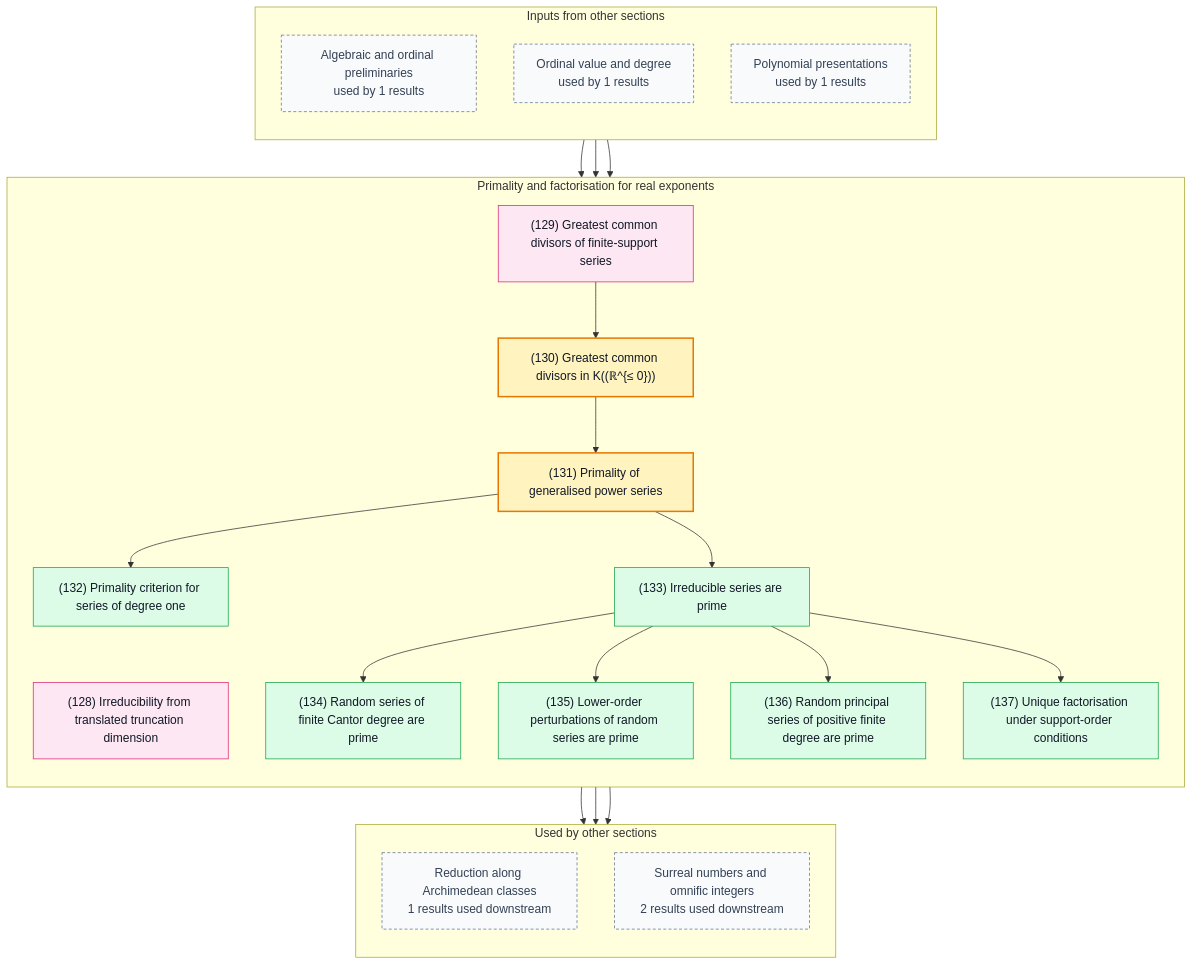
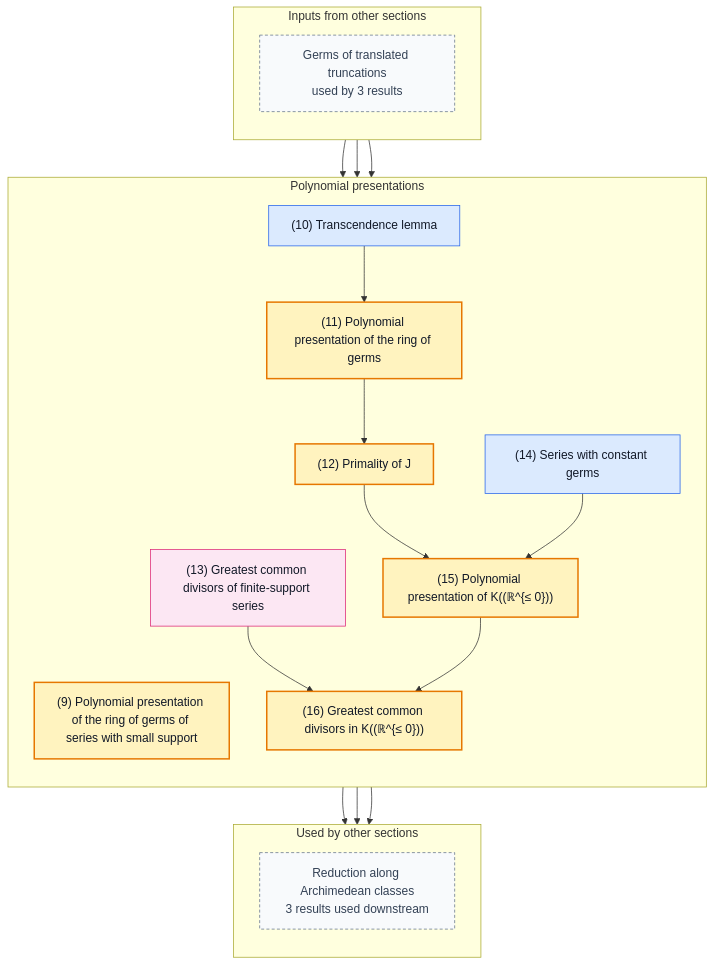
Before and after one commit to gaearon/conway-refinement: the third of 5 diagrams in README.md, drawn with Mermaid. The commit also changed other lines of this file and 699 other files, not shown here.

````diff
--- a/README.md
+++ b/README.md
@@ -1014,63 +248,54 @@
 ```mermaid
 %% Generated by scripts/blueprint.sh; do not edit.
 %% Other sections are compressed to boundary nodes.
 %% Solid arrows are proof dependencies; dashed arrows are statement dependencies.
 flowchart TB
   subgraph inputs["Inputs from other sections"]
     direction TB
-    in0["Algebraic and ordinal preliminaries<br/>used by 1 results"]:::boundary
-    in1["Ordinal value and degree<br/>used by 1 results"]:::boundary
-    in2["Polynomial presentations<br/>used by 1 results"]:::boundary
+    in0["Germs of translated truncations<br/>used by 3 results"]:::boundary
   end
-  subgraph current["Primality and factorisation for real exponents"]
+  subgraph current["Polynomial presentations"]
     direction TB
-    n128["(128) Irreducibility from translated truncation dimension"]:::fact
-    n129["(129) Greatest common divisors of finite-support series"]:::fact
-    n130["(130) Greatest common divisors in K((ℝ^{≤ 0}))"]:::theorem
-    n131["(131) Primality of generalised power series"]:::theorem
-    n132["(132) Primality criterion for series of degree one"]:::corollary
-    n133["(133) Irreducible series are prime"]:::corollary
-    n134["(134) Random series of finite Cantor degree are prime"]:::corollary
-    n135["(135) Lower-order perturbations of random series are prime"]:::corollary
-    n136["(136) Random principal series of positive finite degree are prime"]:::corollary
-    n137["(137) Unique factorisation under support-order conditions"]:::corollary
+    n009["(9) Polynomial presentation of the ring of germs of series with small support"]:::theorem
+    n010["(10) Transcendence lemma"]:::lemma
+    n011["(11) Polynomial presentation of the ring of germs"]:::theorem
+    n012["(12) Primality of J"]:::theorem
+    n013["(13) Greatest common divisors of finite-support series"]:::fact
+    n014["(14) Series with constant germs"]:::lemma
+    n015["(15) Polynomial presentation of K((ℝ^{≤ 0}))"]:::theorem
+    n016["(16) Greatest common divisors in K((ℝ^{≤ 0}))"]:::theorem
   end
   subgraph outputs["Used by other sections"]
     direction TB
-    out0["Reduction along Archimedean classes<br/>1 results used downstream"]:::boundary
-    out1["Surreal numbers and omnific integers<br/>2 results used downstream"]:::boundary
+    out0["Reduction along Archimedean classes<br/>3 results used downstream"]:::boundary
   end
 
-  n129 --> n130
-  n130 --> n131
-  n131 --> n132
-  n131 --> n133
-  n133 --> n134
-  n133 --> n135
-  n133 --> n136
-  n133 --> n137
-  in1 --> n128
-  in0 --> n130
-  in2 --> n130
-  n131 --> out0
-  n128 --> out1
-  n133 --> out1
-  click n128 "https://gaearon.github.io/conway-refinement/#/result/ps06-irreducibility" "Open the statement for fact 128"
-  click n129 "https://gaearon.github.io/conway-refinement/#/result/finite-support-hahn-gcd" "Open the statement for fact 129"
-  click n130 "https://gaearon.github.io/conway-refinement/#/result/hahn-series-gcd-domain" "Open the statement for theorem 130"
-  click n131 "https://gaearon.github.io/conway-refinement/#/result/hahn-series-primality" "Open the statement for theorem 131"
-  click n132 "https://gaearon.github.io/conway-refinement/#/result/degree-one" "Open the statement for corollary 132"
-  click n133 "https://gaearon.github.io/conway-refinement/#/result/hahn-series-irreducible-is-prime" "Open the statement for corollary 133"
-  click n134 "https://gaearon.github.io/conway-refinement/#/result/random-series-prime" "Open the statement for corollary 134"
-  click n135 "https://gaearon.github.io/conway-refinement/#/result/random-series-small-perturbation" "Open the statement for corollary 135"
-  click n136 "https://gaearon.github.io/conway-refinement/#/result/random-principal-series-prime" "Open the statement for corollary 136"
-  click n137 "https://gaearon.github.io/conway-refinement/#/result/lm17-support-order" "Open the statement for corollary 137"
+  n010 --> n011
+  n011 --> n012
+  n012 --> n015
+  n014 --> n015
+  n013 --> n016
+  n015 --> n016
+  in0 --> n009
+  in0 --> n010
+  in0 --> n014
+  n011 --> out0
+  n016 --> out0
+  n009 --> out0
+  click n009 "https://gaearon.github.io/conway-refinement/#/result/bounded-hahn-germ-polynomial-algebra" "Open the statement for theorem 9"
+  click n010 "https://gaearon.github.io/conway-refinement/#/result/transcendence" "Open the statement for lemma 10"
+  click n011 "https://gaearon.github.io/conway-refinement/#/result/complete-hahn-germ-polynomial-algebra" "Open the statement for theorem 11"
+  click n012 "https://gaearon.github.io/conway-refinement/#/result/bounded-away-ideal-prime" "Open the statement for theorem 12"
+  click n013 "https://gaearon.github.io/conway-refinement/#/result/finite-support-hahn-gcd" "Open the statement for fact 13"
+  click n014 "https://gaearon.github.io/conway-refinement/#/result/constant-germs-finite-support" "Open the statement for lemma 14"
+  click n015 "https://gaearon.github.io/conway-refinement/#/result/hahn-series-polynomial-algebra" "Open the statement for theorem 15"
+  click n016 "https://gaearon.github.io/conway-refinement/#/result/hahn-series-gcd-domain" "Open the statement for theorem 16"
 
   classDef theorem fill:#fff3bf,stroke:#e67700,stroke-width:2px,color:#111827
   classDef definition fill:#f3f4f6,stroke:#4b5563,color:#111827
   classDef lemma fill:#dbeafe,stroke:#2563eb,color:#111827
   classDef proposition fill:#ede9fe,stroke:#7c3aed,color:#111827
   classDef corollary fill:#dcfce7,stroke:#16a34a,color:#111827
   classDef fact fill:#fce7f3,stroke:#db2777,color:#111827
   classDef boundary fill:#f8fafc,stroke:#64748b,stroke-dasharray:4 3,color:#334155
 ```
````
